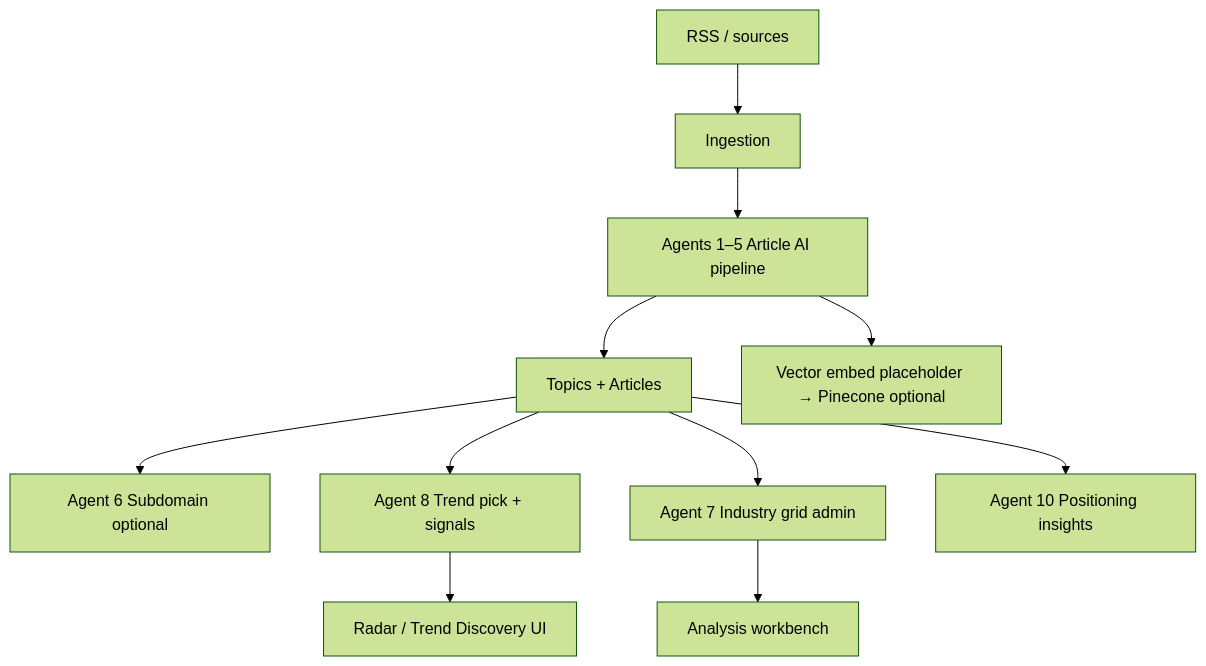
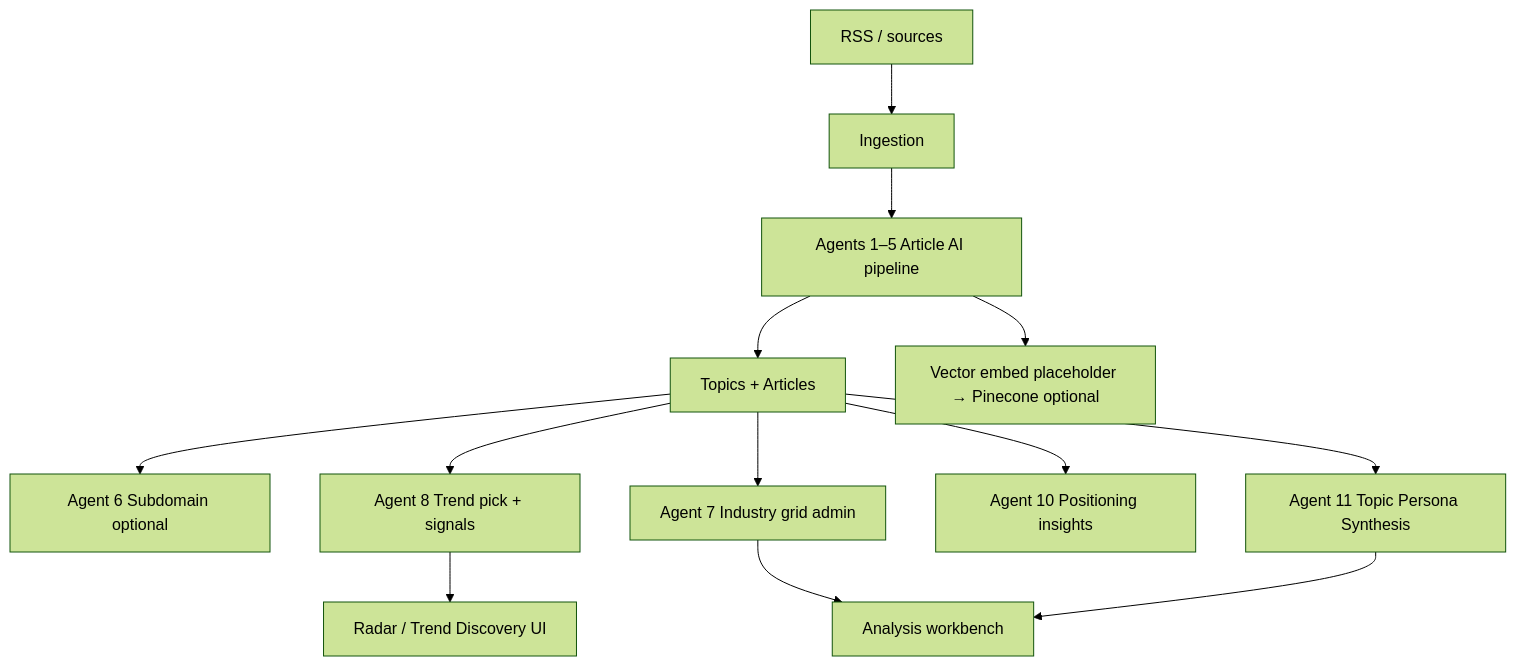
Before and after one commit to pfreePOTS/pulseoftechnology: the third of 3 diagrams in docs/ai-agents-and-flow.md, drawn with Mermaid (forest theme). The commit also changed other lines of this file and 45 other files, not shown here.

````diff
--- a/docs/ai-agents-and-flow.md
+++ b/docs/ai-agents-and-flow.md
@@ -87,13 +89,15 @@
 ```mermaid
 flowchart TB
   Sources[RSS / sources] --> Ingest[Ingestion]
   Ingest --> A1[Agents 1–5 Article AI pipeline]
   A1 --> Topics[Topics + Articles]
   Topics --> A6[Agent 6 Subdomain optional]
   Topics --> A8[Agent 8 Trend pick + signals]
   Topics --> A7[Agent 7 Industry grid admin]
   Topics --> A10[Agent 10 Positioning insights]
+  Topics --> A11[Agent 11 Topic Persona Synthesis]
   A1 --> Vec[Vector embed placeholder → Pinecone optional]
   A8 --> Radar[Radar / Trend Discovery UI]
   A7 --> Analysis[Analysis workbench]
+  A11 --> Analysis
 ```
````
